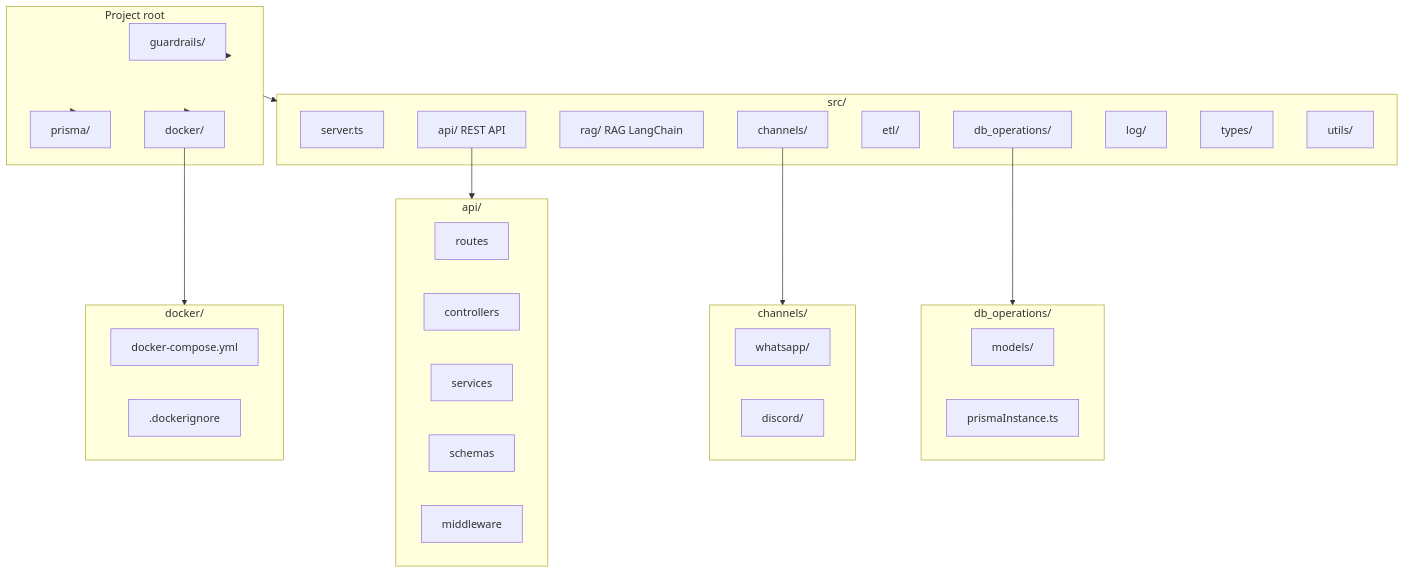
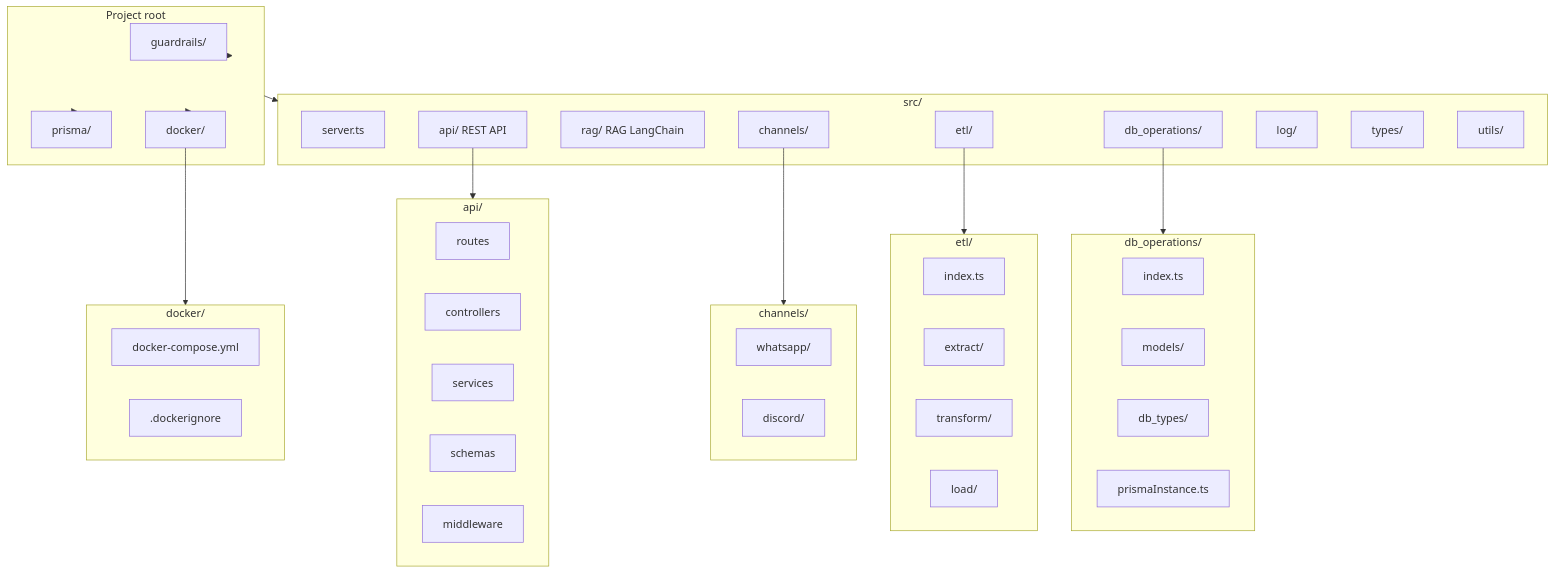
One commit to sorocode-comunidade/swanytello changed the second of 3 diagrams in README.md. Above: the diagram before and after it, drawn with Mermaid. The commit also changed other lines of this file and 16 other files, not shown here.

Commit message:
added the basics db operations and schema types for zod for input validation and output inferrence

````diff
--- a/README.md
+++ b/README.md
@@ -103,52 +104,62 @@
 ```mermaid
 flowchart TB
   subgraph root [Project root]
     guardrails[guardrails/]
     prisma_root[prisma/]
     docker[docker/]
   end
 
   subgraph src_content [src/]
     server[server.ts]
     api[api/ REST API]
     rag[rag/ RAG LangChain]
     channels[channels/]
     etl[etl/]
     db_ops[db_operations/]
     log[log/]
     types[types/]
     utils[utils/]
   end
 
   subgraph api_detail [api/]
     routes[routes]
     controllers[controllers]
     services[services]
     schemas[schemas]
     middleware[middleware]
   end
 
   subgraph channels_detail [channels/]
     whatsapp[whatsapp/]
     discord[discord/]
   end
 
   subgraph db_ops_detail [db_operations/]
+    db_ops_index[index.ts]
     models[models/]
+    db_types[db_types/]
     prisma[prismaInstance.ts]
+  end
+
+  subgraph etl_detail [etl/]
+    etl_index[index.ts]
+    extract[extract/]
+    transform[transform/]
+    load[load/]
   end
 
   subgraph docker_detail [docker/]
     compose[docker-compose.yml]
     dockerignore[.dockerignore]
   end
 
   root --> guardrails
   root --> prisma_root
   root --> docker
   root --> src_content
   api --> api_detail
   channels --> channels_detail
   db_ops --> db_ops_detail
+  etl --> etl_detail
   docker --> docker_detail
 ```
````
